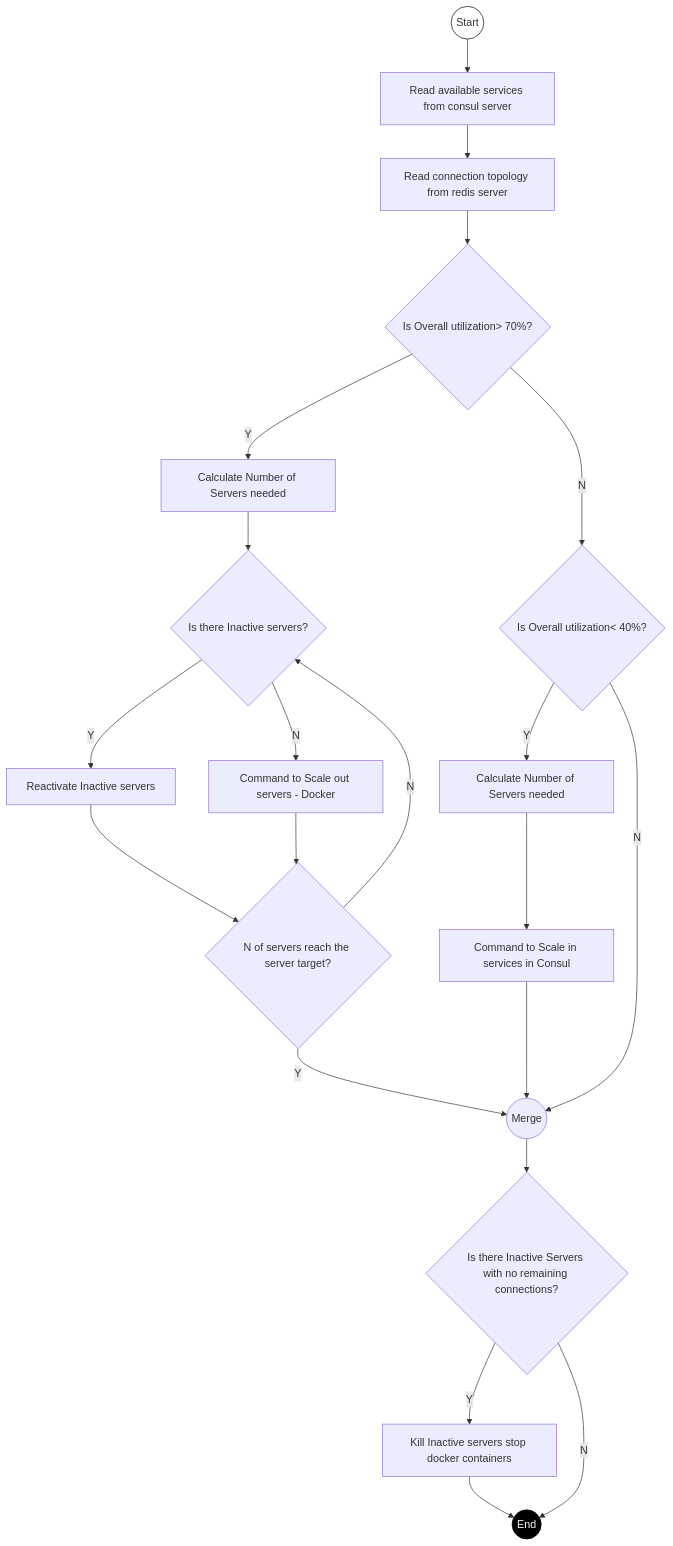
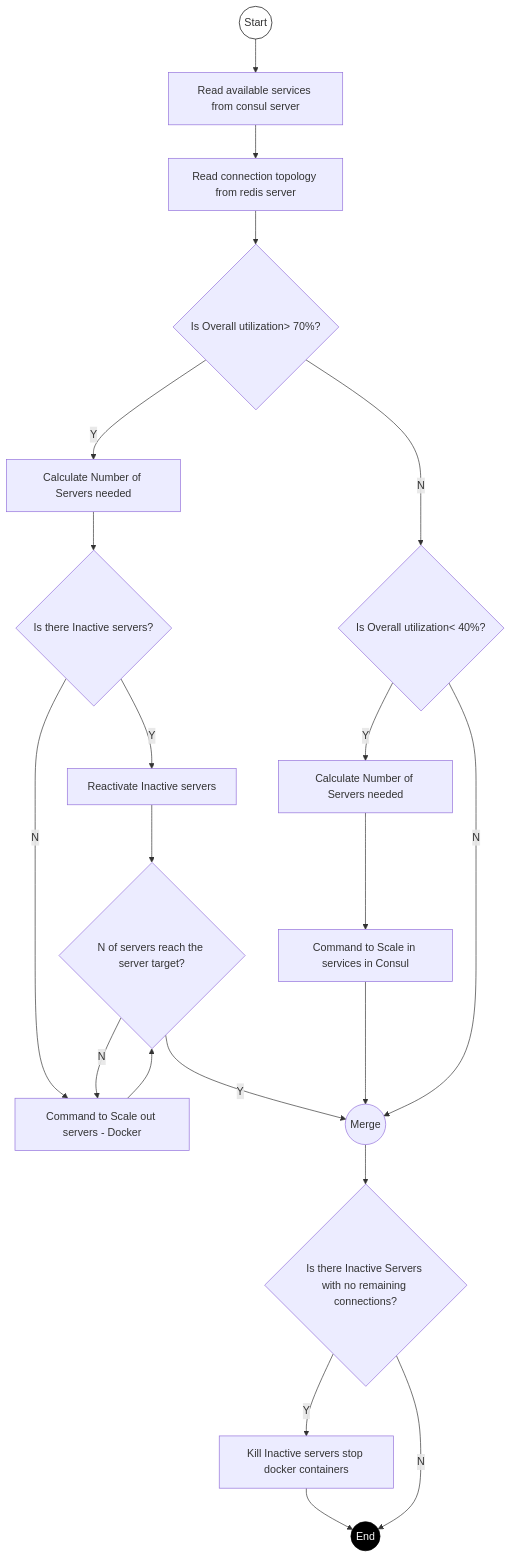
The second of 2 diagrams in README.md (jhonnyJET/connection-rebalancer), drawn with Mermaid before and after one commit. The commit also changed other lines of this file, not shown here.

````diff
--- a/README.md
+++ b/README.md
@@ -43,26 +42,26 @@
 ```mermaid
 flowchart TD
     Start((Start)) --> A[Read available services from consul server]
     A --> B[Read connection topology from redis server]
     B --> C{Is Overall utilization> 70%?}
     C -- Y --> D[Calculate Number of Servers needed]
     D --> E{Is there Inactive servers?}
     E -- Y --> F[Reactivate Inactive servers]
     F --> H{N of servers reach the server target?}
     E -- N --> G[Command to Scale out servers - Docker]
     G --> H
-    H -- N --> E
+    H -- N --> G
     H -- Y --> Merge((Merge))
     C -- N --> I{Is Overall utilization< 40%?}
     I -- Y --> J[Calculate Number of Servers needed]
     J --> K[Command to Scale in services in Consul]
     K --> Merge
     I -- N --> Merge
     Merge --> L{Is there Inactive Servers with no remaining connections?}
     L -- Y --> M[Kill Inactive servers stop docker containers]
     M --> End((End))
     L -- N --> End
 
     style Start fill:#fff,stroke:#000
     style End fill:#000,stroke:#000,color:#fff
 ```
````
